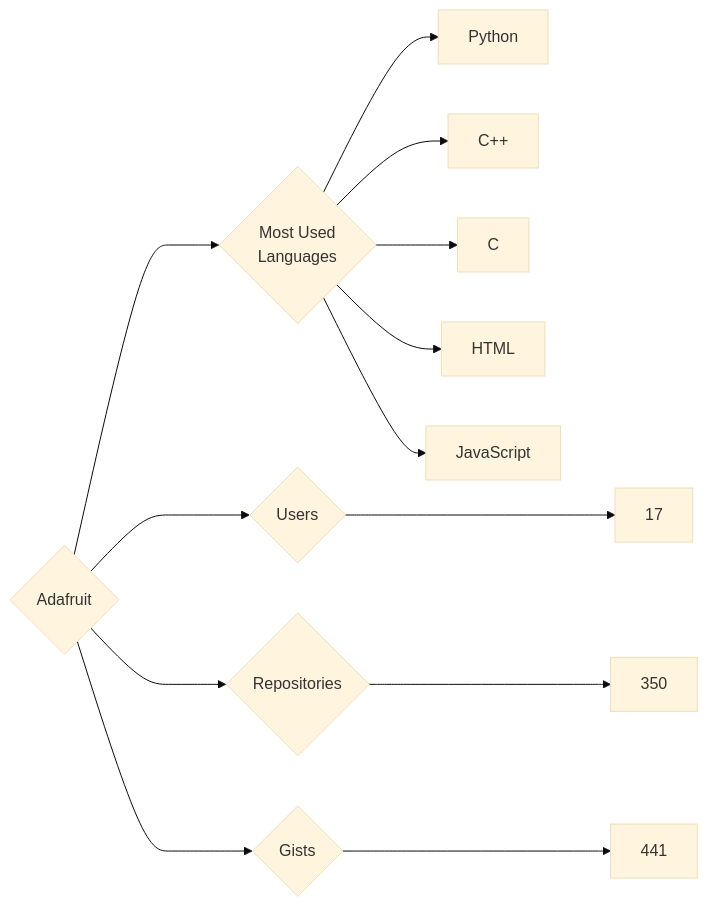
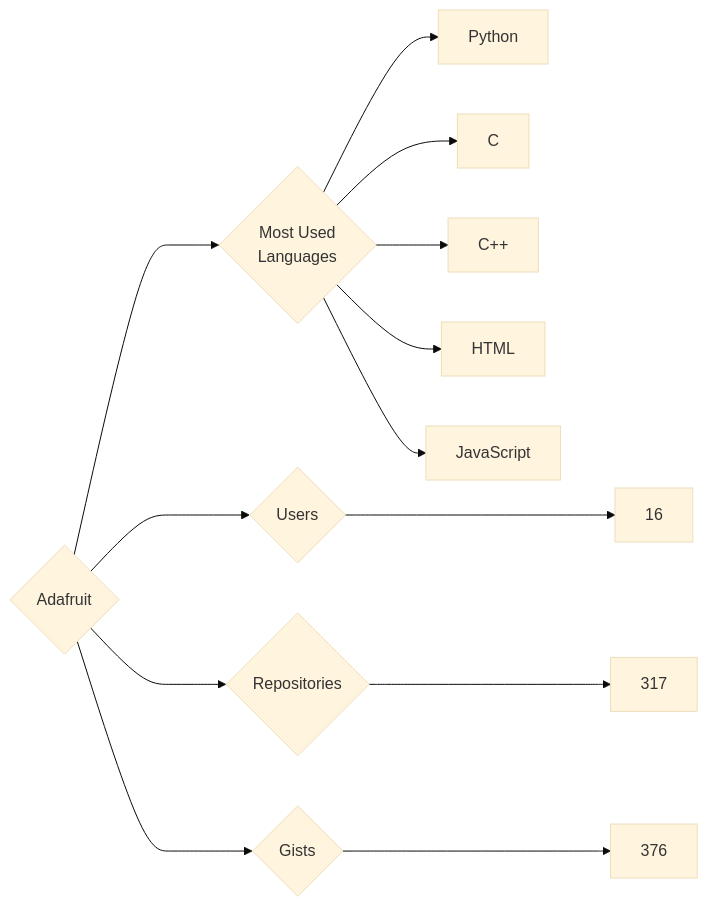
The diagram in targets/Adafruit/README.md (trickest/insiders), drawn with Mermaid (base theme) before and after one commit. The commit also changed 914 other files, not shown here.

````diff
--- a/targets/Adafruit/README.md
+++ b/targets/Adafruit/README.md
@@ -3,13 +3,13 @@
 ```mermaid
 graph LR
 COMPANY_NAME{Adafruit}
-COMPANY_NAME ---> U{Users} ---> UN[17]
-COMPANY_NAME ---> R{Repositories} ---> RN[350]
-COMPANY_NAME ---> G{Gists} ---> GN[441]
+COMPANY_NAME ---> U{Users} ---> UN[16]
+COMPANY_NAME ---> R{Repositories} ---> RN[317]
+COMPANY_NAME ---> G{Gists} ---> GN[376]
 COMPANY_NAME ---> ML{Most Used<br>Languages}
 ML --> Python[Python]
+ML --> C[C]
 ML --> C++[C++]
-ML --> C[C]
 ML --> HTML[HTML]
 ML --> JavaScript[JavaScript]
 ```
````
